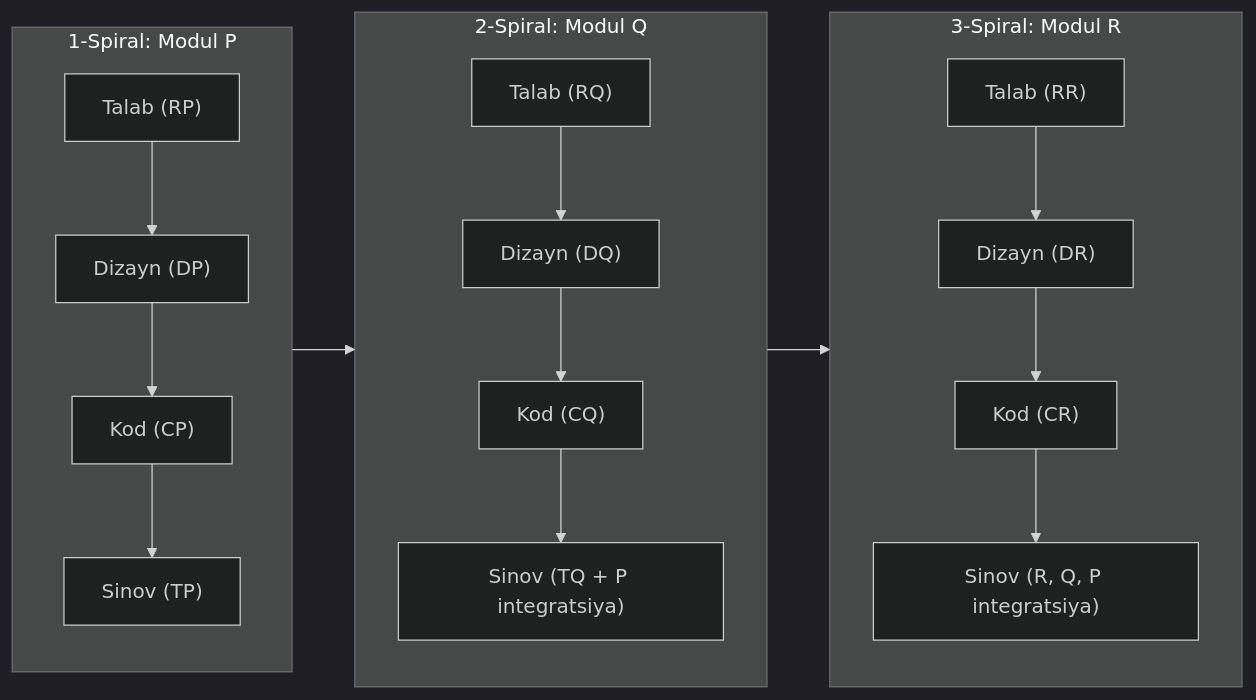
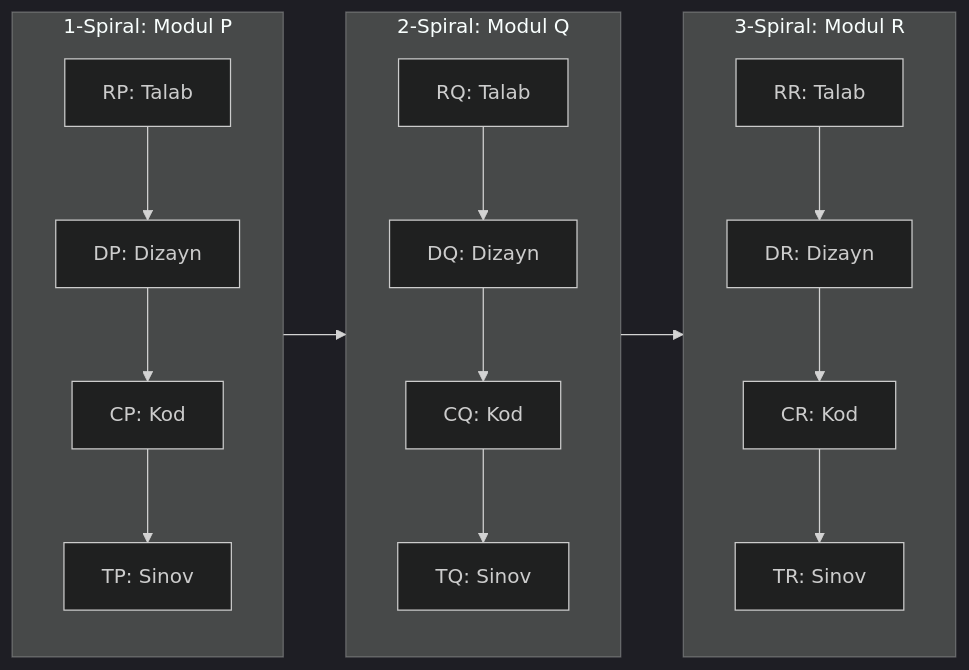
Before and after one commit to Ergashov15/qa-uzbekistan: the second of 3 diagrams in app/docs/sdlc-models/spiral-model/page.mdx, drawn with Mermaid (dark theme). The commit also changed other lines of this file and 2 other files, not shown here.

Commit message:
feat: update Spiral Model in Software Testing documentation in Uzbek

````diff
--- a/app/docs/sdlc-models/spiral-model/page.mdx
+++ b/app/docs/sdlc-models/spiral-model/page.mdx
@@ -65,13 +63,13 @@
 ```mermaid
 flowchart LR
-    subgraph Iteration1["1-Spiral: Modul P"]
-        RP["Talab (RP)"] --> DP["Dizayn (DP)"] --> CP["Kod (CP)"] --> TP["Sinov (TP)"]
+    subgraph P["1-Spiral: Modul P"]
+        RP["RP: Talab"] --> DP["DP: Dizayn"] --> CP["CP: Kod"] --> TP["TP: Sinov"]
     end
-    subgraph Iteration2["2-Spiral: Modul Q"]
-        RQ["Talab (RQ)"] --> DQ["Dizayn (DQ)"] --> CQ["Kod (CQ)"] --> TQ["Sinov (TQ + P integratsiya)"]
+    subgraph Q["2-Spiral: Modul Q"]
+        RQ["RQ: Talab"] --> DQ["DQ: Dizayn"] --> CQ["CQ: Kod"] --> TQ["TQ: Sinov"]
     end
-    subgraph Iteration3["3-Spiral: Modul R"]
-        RR["Talab (RR)"] --> DR["Dizayn (DR)"] --> CR["Kod (CR)"] --> TR["Sinov (R, Q, P integratsiya)"]
+    subgraph R["3-Spiral: Modul R"]
+        RR["RR: Talab"] --> DR["DR: Dizayn"] --> CR["CR: Kod"] --> TR["TR: Sinov"]
     end
-    Iteration1 --> Iteration2 --> Iteration3
+    P --> Q --> R
 ```
````
